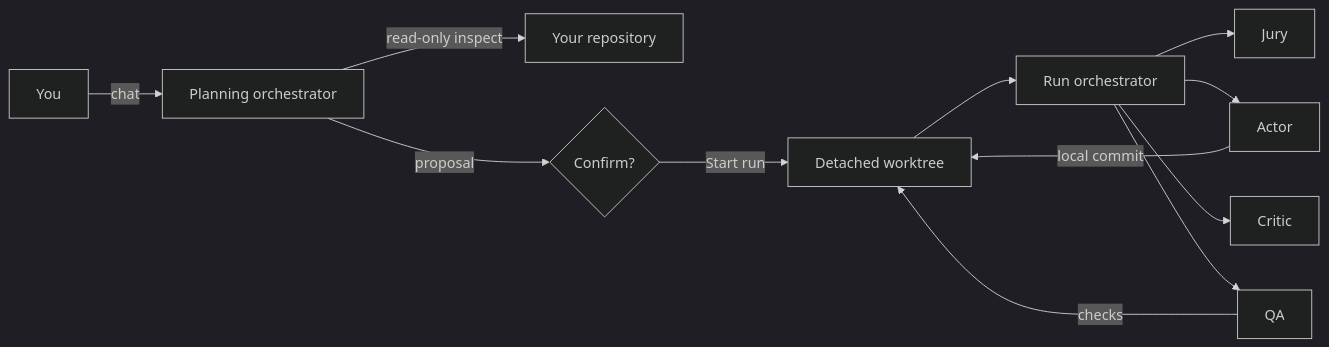
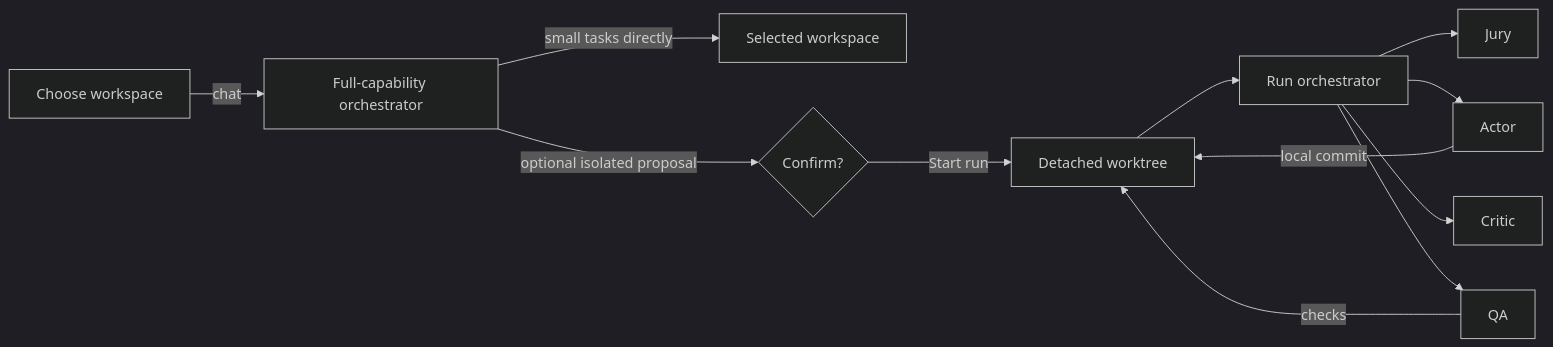
The diagram in README.md (Sidharth-Singh10/synarch), drawn with Mermaid (dark theme) before and after one commit. The commit also changed other lines of this file and 7 other files, not shown here.

````diff
--- a/README.md
+++ b/README.md
@@ -45,14 +45,14 @@
 ```mermaid
 flowchart LR
-  U[You] -->|chat| P[Planning orchestrator]
-  P -->|read-only inspect| R[Your repository]
-  P -->|proposal| C{Confirm?}
+  U[Choose workspace] -->|chat| P[Full-capability orchestrator]
+  P -->|small tasks directly| R[Selected workspace]
+  P -->|optional isolated proposal| C{Confirm?}
   C -->|Start run| W[Detached worktree]
   W --> O[Run orchestrator]
   O --> J[Jury]
   O --> A[Actor]
   O --> C2[Critic]
   O --> Q[QA]
   A -->|local commit| W
   Q -->|checks| W
 ```
````
